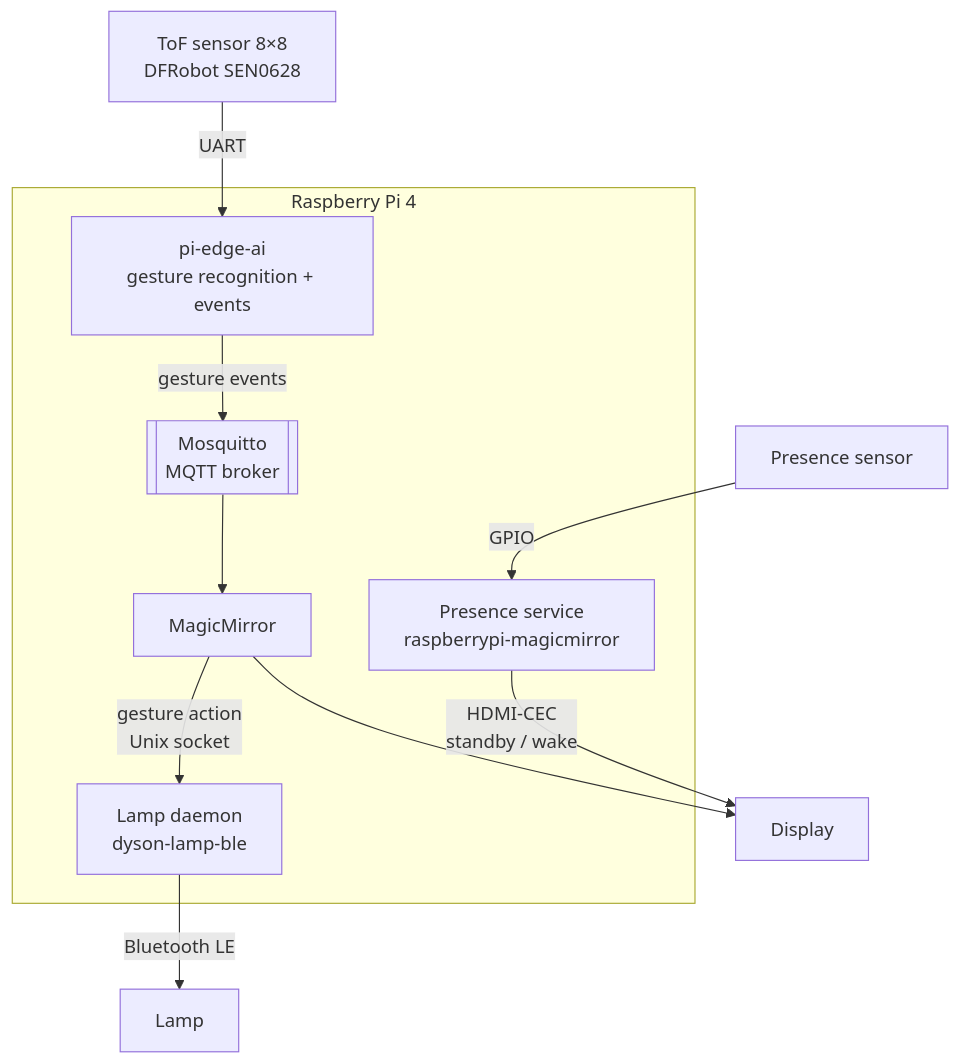
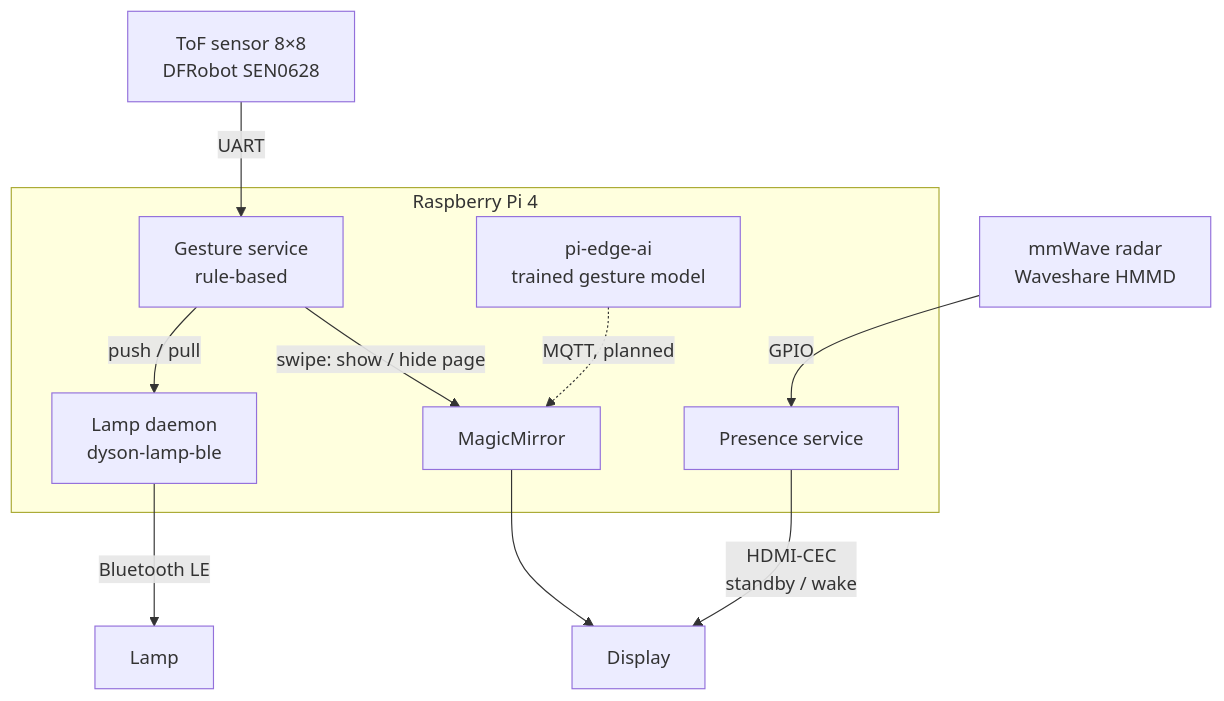
One commit to bikenthusiast/bikenthusiast changed the diagram in README.md. Above: the diagram before and after it, drawn with Mermaid. The commit also changed other lines of this file, not shown here.

Commit message:
Profile README: show the actual mirror setup

````diff
--- a/README.md
+++ b/README.md
@@ -11,20 +11,20 @@
 ```mermaid
 flowchart TB
-    PIR[Presence sensor] -- GPIO --> PRES
-    TOF[ToF sensor 8×8<br/>DFRobot SEN0628] -- UART --> EDGE
+    RADAR[mmWave radar<br/>Waveshare HMMD] -- GPIO --> PRES
+    TOF[ToF sensor 8×8<br/>DFRobot SEN0628] -- UART --> GEST
 
     subgraph PI["Raspberry Pi 4"]
-        PRES[Presence service<br/>raspberrypi-magicmirror]
-        EDGE[pi-edge-ai<br/>gesture recognition + events]
-        MQ[[Mosquitto<br/>MQTT broker]]
+        PRES[Presence service]
+        GEST[Gesture service<br/>rule-based]
         MM[MagicMirror]
         LAMPD[Lamp daemon<br/>dyson-lamp-ble]
-        EDGE -- gesture events --> MQ
-        MQ --> MM
-        MM -- gesture action<br/>Unix socket --> LAMPD
+        EDGE[pi-edge-ai<br/>trained gesture model]
+        GEST -- swipe: show / hide page --> MM
+        GEST -- push / pull --> LAMPD
+        EDGE -. MQTT, planned .-> MM
     end
 
     PRES -- HDMI-CEC<br/>standby / wake --> DISP[Display]
     MM --> DISP
     LAMPD -- Bluetooth LE --> LAMP[Lamp]
 ```
````
